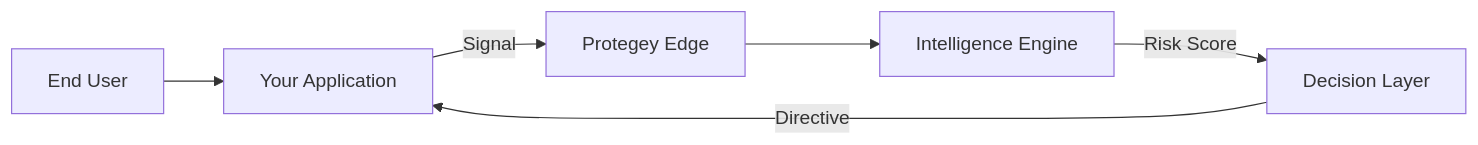
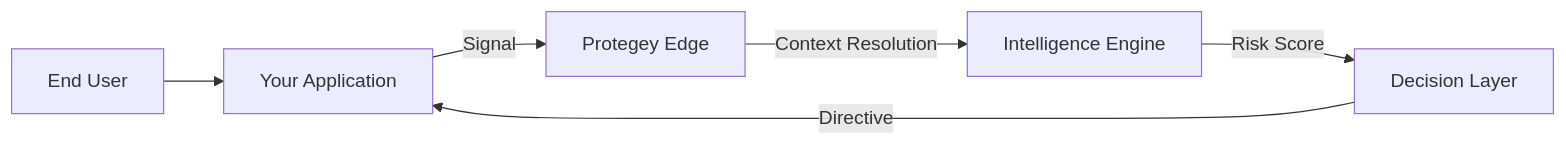
The diagram in content/en/2.platform/2.architecture.md (protegey/protegey-docs-for-old-demo), drawn with Mermaid before and after one commit. The commit also changed other lines of this file and 28 other files, not shown here.

Commit message:
feat: Add comprehensive partner documentation covering API reference, operational guides, and detailed sandbox architecture with schema isolation.

````diff
--- a/content/en/2.platform/2.architecture.md
+++ b/content/en/2.platform/2.architecture.md
@@ -34,8 +97,8 @@
 ```mermaid
 graph LR
     User[End User] --> App[Your Application]
     App -->|Signal| Ingest[Protegey Edge]
-    Ingest --> Engine[Intelligence Engine]
+    Ingest -->|Context Resolution| Engine[Intelligence Engine]
     Engine -->|Risk Score| Decision[Decision Layer]
     Decision -->|Directive| App
 ```
````
